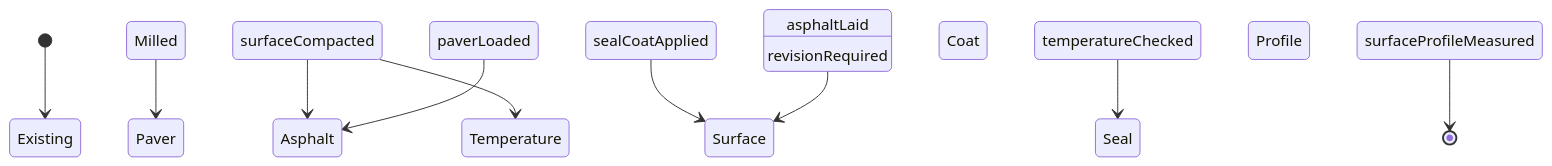
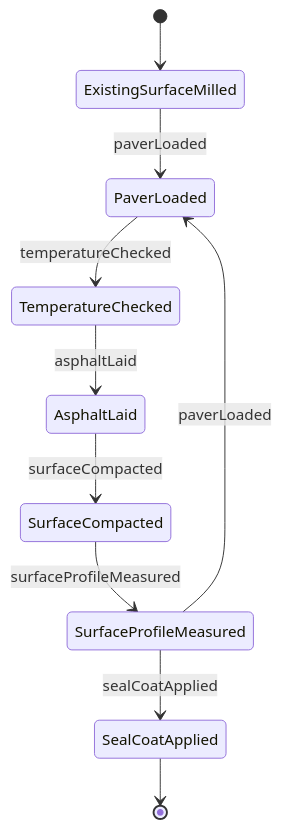
One commit to dot-org-ai/tasks.org.ai changed the second of 4 diagrams in ControllingMachinesAndProcesses/OperateConstructionOrExcavationEquipment/OperateRoad-surfacingEquipment.mdx. Above: the diagram before and after it, drawn with Mermaid. The commit also changed other lines of this file and 515 other files, not shown here.

````diff
--- a/ControllingMachinesAndProcesses/OperateConstructionOrExcavationEquipment/OperateRoad-surfacingEquipment.mdx
+++ b/ControllingMachinesAndProcesses/OperateConstructionOrExcavationEquipment/OperateRoad-surfacingEquipment.mdx
@@ -98,12 +98,12 @@
 ```mermaid
 stateDiagram-v2
-    [*] --> Existing Surface Milled
-    Existing Surface Milled --> Paver Loaded : paverLoaded
-    Paver Loaded --> Asphalt Laid : asphaltLaid
-    Asphalt Laid --> Surface Compacted : surfaceCompacted
-    Surface Compacted --> Temperature Checked : temperatureChecked
-    Temperature Checked --> Seal Coat Applied : sealCoatApplied
-    Seal Coat Applied --> Surface Profile Measured : surfaceProfileMeasured
-    Surface Compacted --> Asphalt Laid : revisionRequired
-    Surface Profile Measured --> [*]
+    [*] --> ExistingSurfaceMilled
+    ExistingSurfaceMilled --> PaverLoaded : paverLoaded
+    PaverLoaded --> TemperatureChecked : temperatureChecked
+    TemperatureChecked --> AsphaltLaid : asphaltLaid
+    AsphaltLaid --> SurfaceCompacted : surfaceCompacted
+    SurfaceCompacted --> SurfaceProfileMeasured : surfaceProfileMeasured
+    SurfaceProfileMeasured --> PaverLoaded : paverLoaded
+    SurfaceProfileMeasured --> SealCoatApplied : sealCoatApplied
+    SealCoatApplied --> [*]
 ```
````
